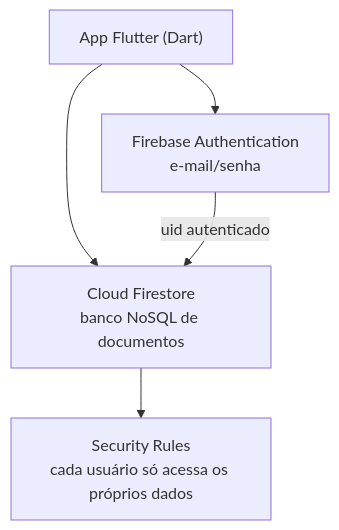
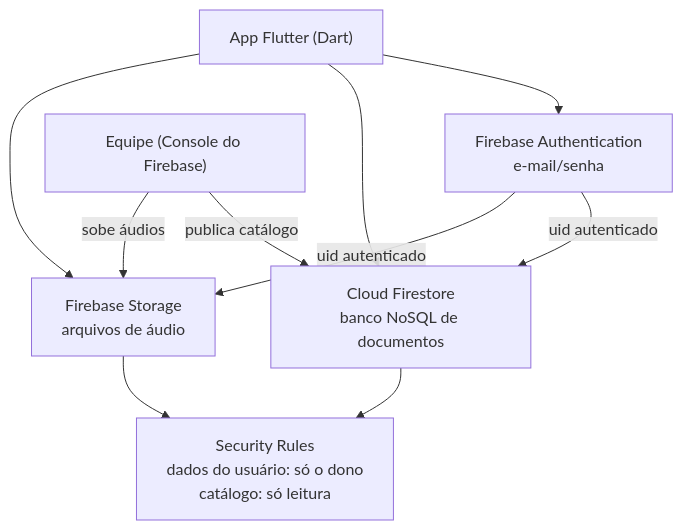
Before and after one commit to juliacabrl/SonoLeve: the third of 3 diagrams in docs/arquitetura.md, drawn with Mermaid. The commit also changed other lines of this file and 146 other files, not shown here.

Commit message:
Docs: catálogo remoto (Firestore + Storage); protótipo de baixa fidelidade em Flutter (app/)

````diff
--- a/docs/arquitetura.md
+++ b/docs/arquitetura.md
@@ -101,8 +120,13 @@
 ```mermaid
 flowchart TB
     APP["App Flutter (Dart)"]
     APP --> AUTH["Firebase Authentication<br/>e-mail/senha"]
     APP --> FS["Cloud Firestore<br/>banco NoSQL de documentos"]
+    APP --> ST["Firebase Storage<br/>arquivos de áudio"]
     AUTH -->|uid autenticado| FS
-    FS --> RULES["Security Rules<br/>cada usuário só acessa os próprios dados"]
+    AUTH -->|uid autenticado| ST
+    FS --> RULES["Security Rules<br/>dados do usuário: só o dono<br/>catálogo: só leitura"]
+    ST --> RULES
+    ADM["Equipe (Console do Firebase)"] -->|publica catálogo| FS
+    ADM -->|sobe áudios| ST
 ```
````
